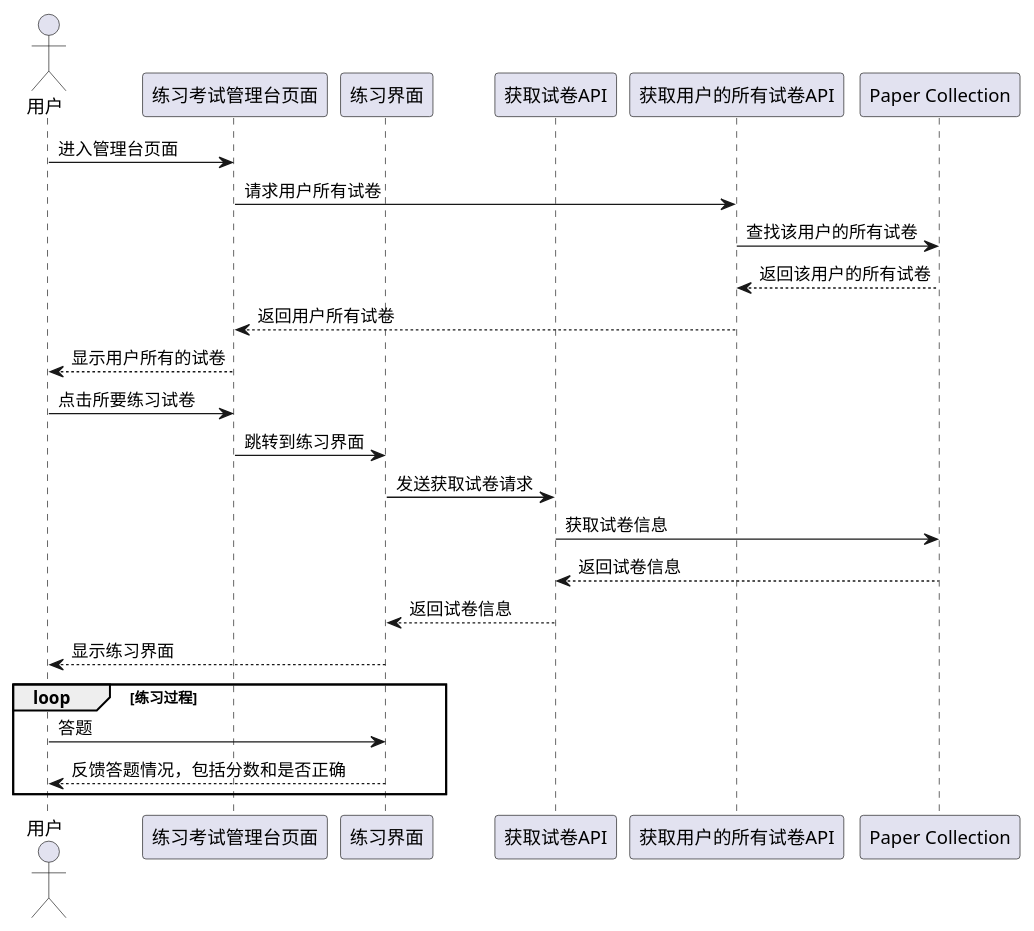
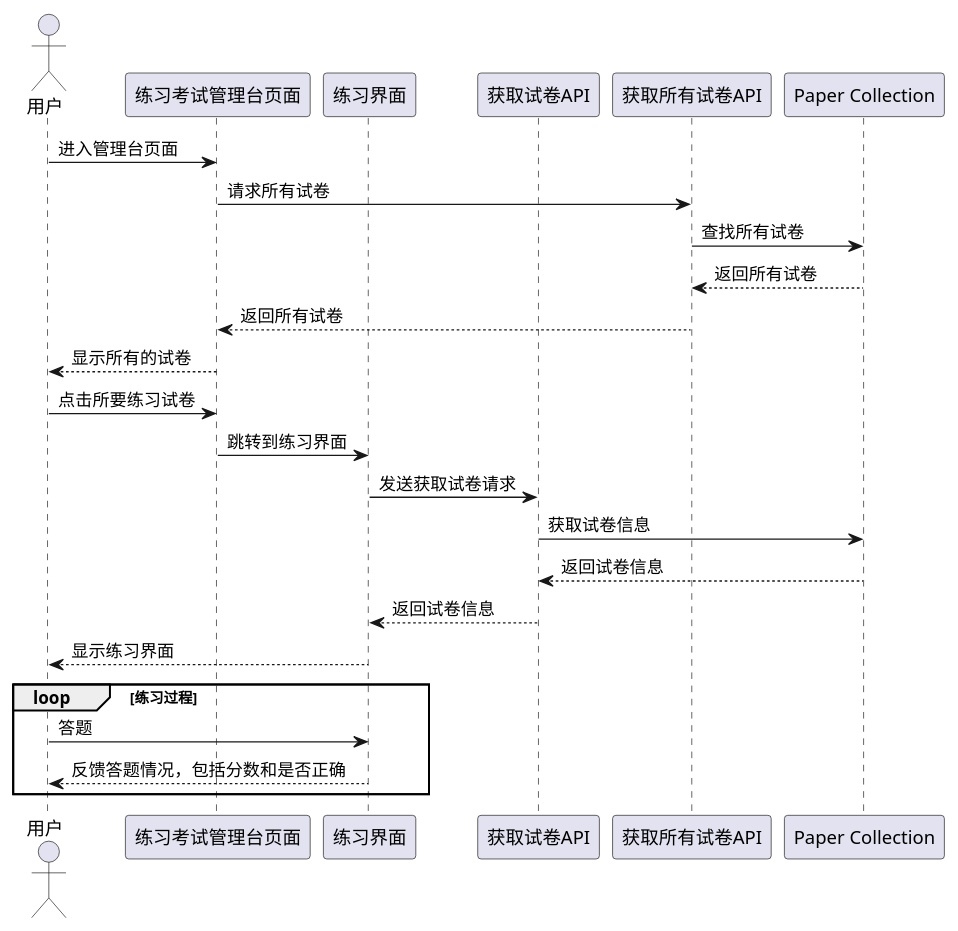
Before and after one commit to ringoyungpo/cetutor-doc: diagram 11 of 15 in cetutor.md, drawn with PlantUML. The commit also changed other lines of this file and 2 other files, not shown here.

````diff
--- a/cetutor.md
+++ b/cetutor.md
@@ -690,28 +690,28 @@
 ```puml
 actor 用户 as A
 participant "练习考试管理台页面" as B
 participant "练习界面" as C
 participant "获取试卷API" as D
-participant "获取用户的所有试卷API" as E
+participant "获取所有试卷API" as E
 participant "Paper Collection" as F
 
 
 A -> B: 进入管理台页面
-B -> E: 请求用户所有试卷
-E -> F: 查找该用户的所有试卷
-E <-- F: 返回该用户的所有试卷
-B <-- E: 返回用户所有试卷
-A <-- B: 显示用户所有的试卷
+B -> E: 请求所有试卷
+E -> F: 查找所有试卷
+E <-- F: 返回所有试卷
+B <-- E: 返回所有试卷
+A <-- B: 显示所有的试卷
 
 A -> B: 点击所要练习试卷
 B -> C: 跳转到练习界面
 C -> D: 发送获取试卷请求
 D -> F: 获取试卷信息
 D <-- F: 返回试卷信息
 C <-- D: 返回试卷信息
 A <-- C: 显示练习界面
 loop 练习过程
 	A -> C: 答题
 	A <-- C: 反馈答题情况，包括分数和是否正确
 end
 ```
````
